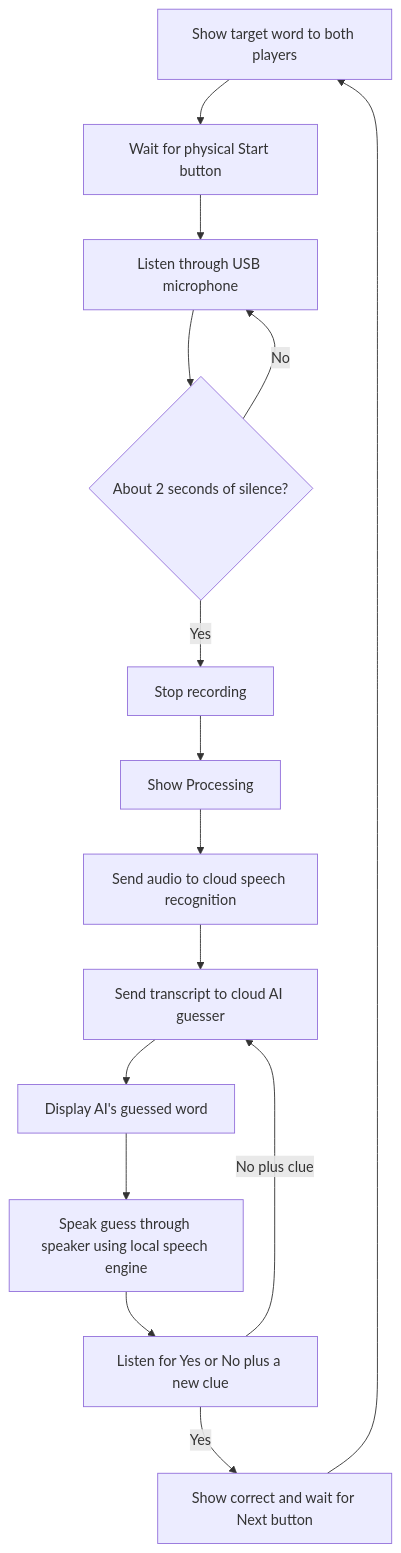
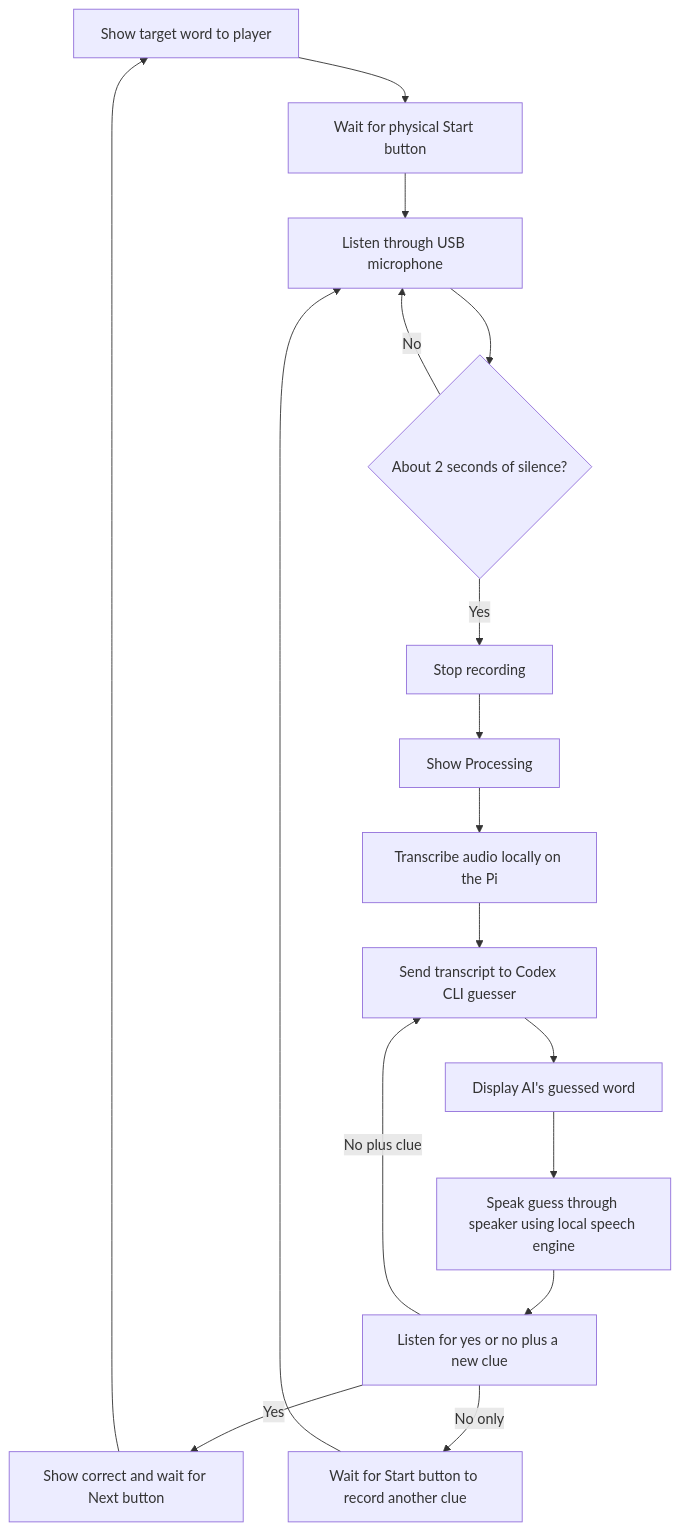
One commit to jontumalle/Interactive-Lab-Hub changed the diagram in Lab 3/README.md. Above: the diagram before and after it, drawn with Mermaid. The commit also changed other lines of this file, not shown here.

Commit message:
Update WordHound POC documentation

````diff
--- a/Lab 3/README.md
+++ b/Lab 3/README.md
@@ -333,17 +343,19 @@
 ```mermaid
 flowchart TD
-    A[Show target word to both players] --> B[Wait for physical Start button]
+    A[Show target word to player] --> B[Wait for physical Start button]
     B --> C[Listen through USB microphone]
     C --> D{About 2 seconds of silence?}
     D -- No --> C
     D -- Yes --> E[Stop recording]
     E --> F[Show Processing]
-    F --> G[Send audio to cloud speech recognition]
-    G --> H[Send transcript to cloud AI guesser]
+    F --> G[Transcribe audio locally on the Pi]
+    G --> H[Send transcript to Codex CLI guesser]
     H --> I[Display AI's guessed word]
     I --> J[Speak guess through speaker using local speech engine]
-    J --> K[Listen for Yes or No plus a new clue]
+    J --> K[Listen for yes or no plus a new clue]
     K -- Yes --> L[Show correct and wait for Next button]
     L --> A
     K -- No plus clue --> H
+    K -- No only --> M[Wait for Start button to record another clue]
+    M --> C
 ```
````
